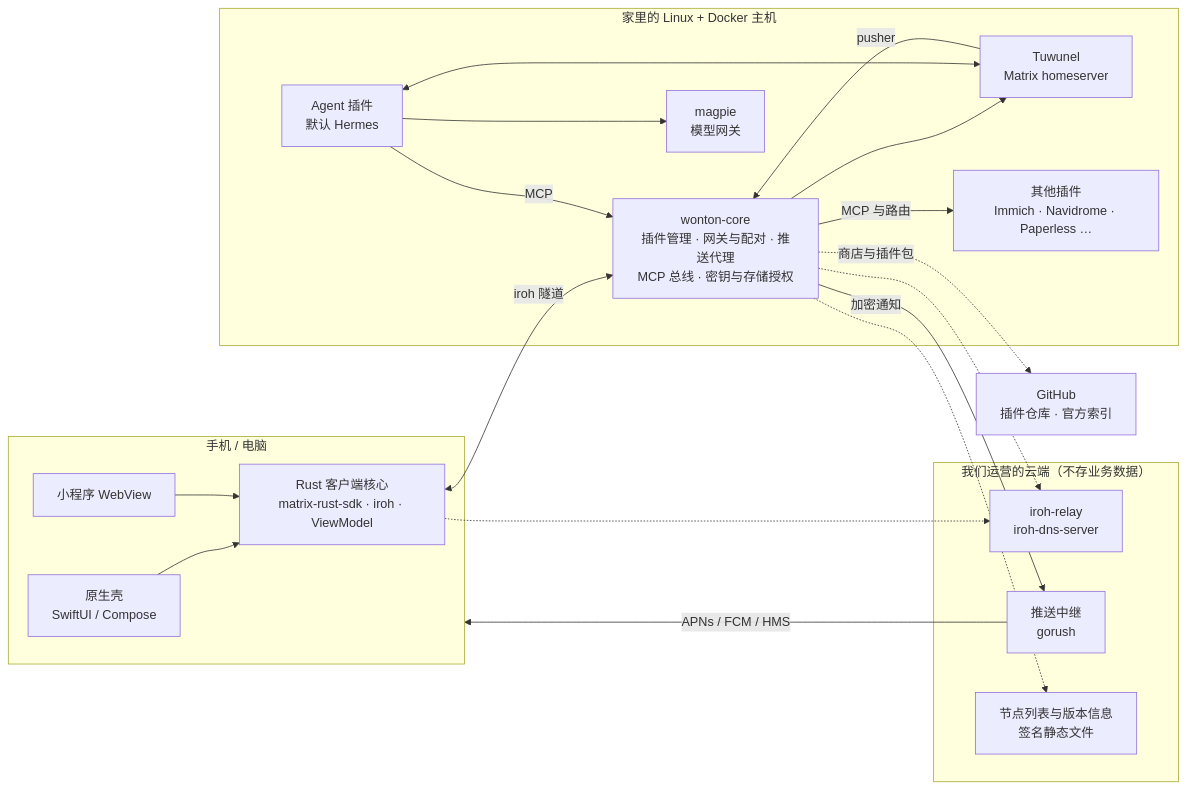
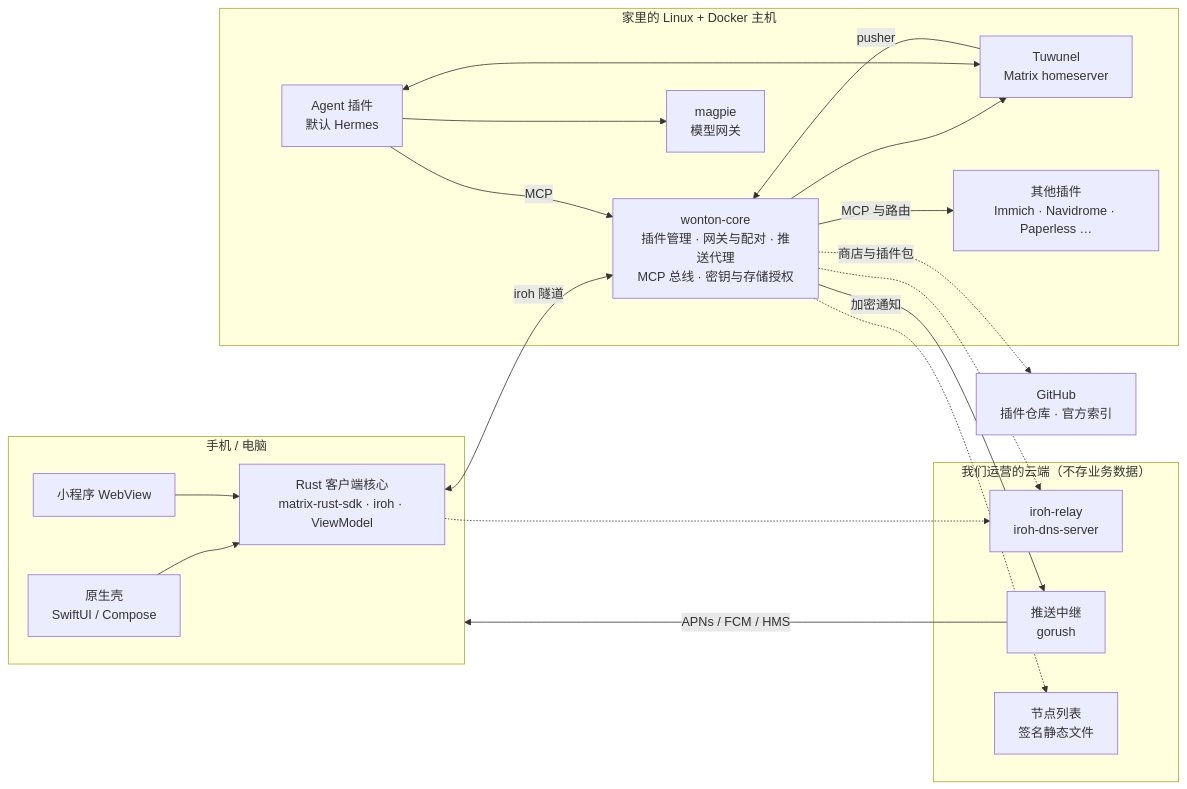
Before and after one commit to wontonapp/wonton: the diagram in docs/ARCHITECTURE.md, drawn with Mermaid. The commit also changed other lines of this file and 11 other files, not shown here.

````diff
--- a/docs/ARCHITECTURE.md
+++ b/docs/ARCHITECTURE.md
@@ -14,40 +14,40 @@
 ```mermaid
 flowchart LR
   subgraph Client["手机 / 电脑"]
     Shell["原生壳\nSwiftUI / Compose"]
     ClientCore["Rust 客户端核心\nmatrix-rust-sdk · iroh · ViewModel"]
     WebView["小程序 WebView"]
     Shell --> ClientCore
     WebView --> ClientCore
   end
 
   subgraph Home["家里的 Linux + Docker 主机"]
     Core["wonton-core\n插件管理 · 网关与配对 · 推送代理\nMCP 总线 · 密钥与存储授权"]
     Tuwunel["Tuwunel\nMatrix homeserver"]
     Agent["Agent 插件\n默认 Hermes"]
     Magpie["magpie\n模型网关"]
     Plugins["其他插件\nImmich · Navidrome · Paperless …"]
   end
 
   subgraph Cloud["我们运营的云端（不存业务数据）"]
     Relay["iroh-relay\niroh-dns-server"]
     PushRelay["推送中继\ngorush"]
-    Catalog["节点列表与版本信息\n签名静态文件"]
+    Catalog["节点列表\n签名静态文件"]
   end
 
   GitHub["GitHub\n插件仓库 · 官方索引"]
 
   ClientCore <-->|"iroh 隧道"| Core
   Core --> Tuwunel
   Agent <--> Tuwunel
   Agent --> Magpie
   Agent -->|"MCP"| Core
   Core -->|"MCP 与路由"| Plugins
   Tuwunel -->|"pusher"| Core
   Core -->|"加密通知"| PushRelay
   PushRelay -->|"APNs / FCM / HMS"| Client
   Core -.-> Relay
   ClientCore -.-> Relay
   Core -.-> Catalog
   Core -.->|"商店与插件包"| GitHub
 ```
````
